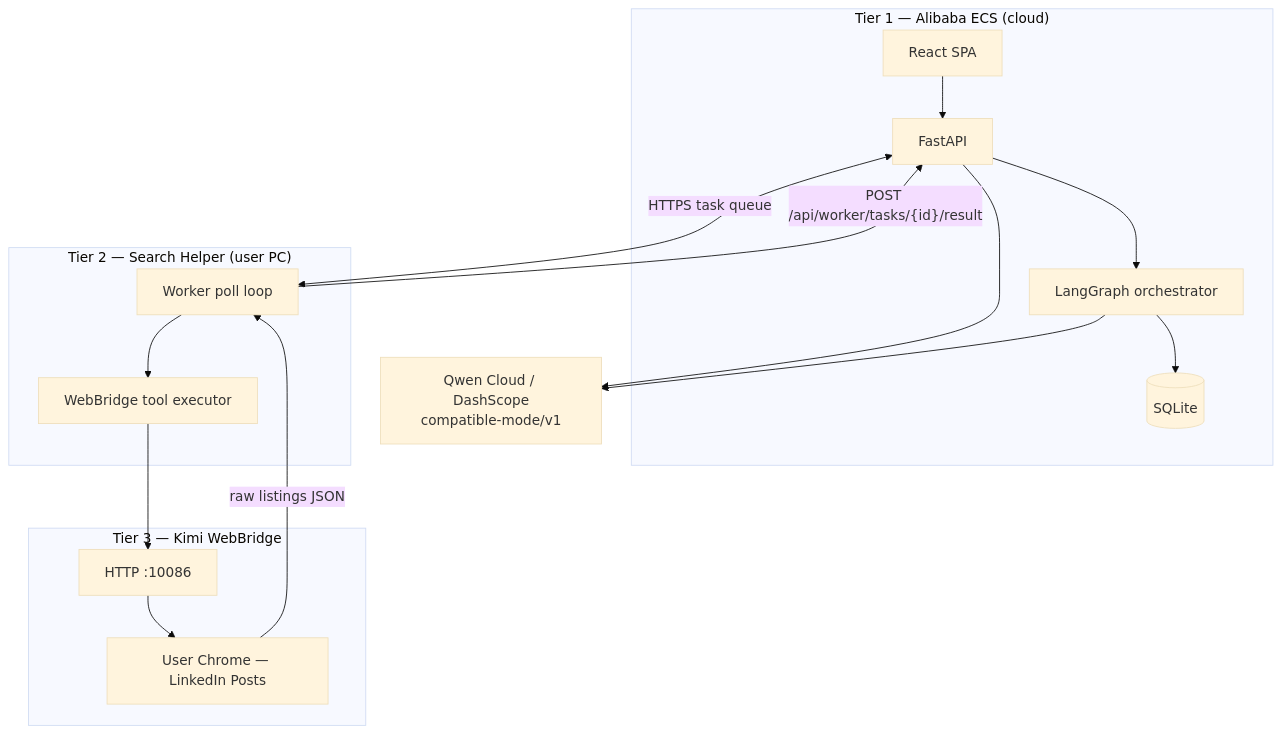
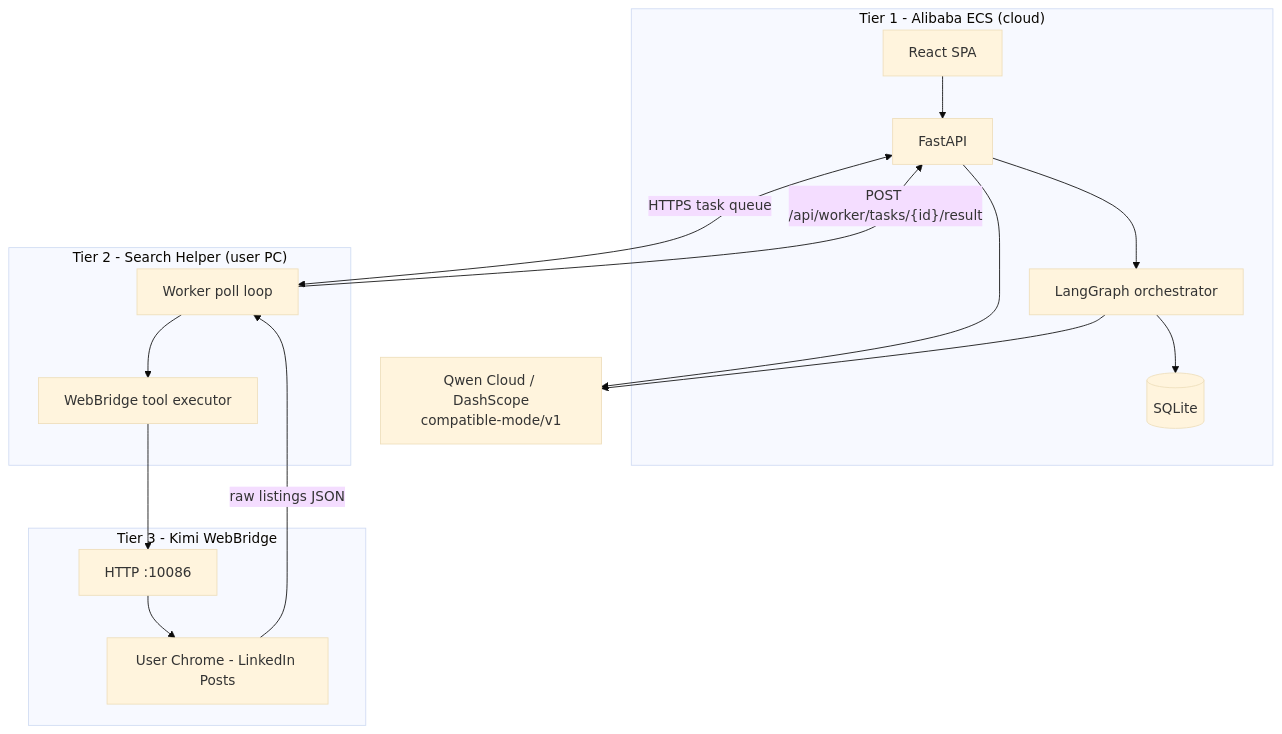
The first of 3 diagrams in README.md (HamzaFayaz/JobPilot), drawn with Mermaid (base theme) before and after one commit. The commit also changed other lines of this file and 2 other files, not shown here.

````diff
--- a/README.md
+++ b/README.md
@@ -67,30 +80,30 @@
 ```mermaid
 flowchart TB
-  subgraph T1 ["Tier 1 — Alibaba ECS (cloud)"]
-    UI["React SPA"]
-    API["FastAPI"]
-    LG["LangGraph orchestrator"]
-    DB[("SQLite")]
-    UI --> API --> LG --> DB
-  end
+ subgraph T1 ["Tier 1 - Alibaba ECS (cloud)"]
+ UI["React SPA"]
+ API["FastAPI"]
+ LG["LangGraph orchestrator"]
+ DB[("SQLite")]
+ UI --> API --> LG --> DB
+ end
 
-  Qwen["Qwen Cloud / DashScope\ncompatible-mode/v1"]
+ Qwen["Qwen Cloud / DashScope\ncompatible-mode/v1"]
 
-  subgraph T2 ["Tier 2 — Search Helper (user PC)"]
-    WH["Worker poll loop"]
-    WH --> WBExec["WebBridge tool executor"]
-  end
+ subgraph T2 ["Tier 2 - Search Helper (user PC)"]
+ WH["Worker poll loop"]
+ WH --> WBExec["WebBridge tool executor"]
+ end
 
-  subgraph T3 ["Tier 3 — Kimi WebBridge"]
-    WB["HTTP :10086"]
-    Chrome["User Chrome — LinkedIn Posts"]
-    WB --> Chrome
-  end
+ subgraph T3 ["Tier 3 - Kimi WebBridge"]
+ WB["HTTP :10086"]
+ Chrome["User Chrome - LinkedIn Posts"]
+ WB --> Chrome
+ end
 
-  API --> Qwen
-  LG --> Qwen
-  API <-->|"HTTPS task queue"| WH
-  WBExec --> WB
-  Chrome -->|"raw listings JSON"| WH
-  WH -->|"POST /api/worker/tasks/{id}/result"| API
+ API --> Qwen
+ LG --> Qwen
+ API <-->|"HTTPS task queue"| WH
+ WBExec --> WB
+ Chrome -->|"raw listings JSON"| WH
+ WH -->|"POST /api/worker/tasks/{id}/result"| API
 ```
````
